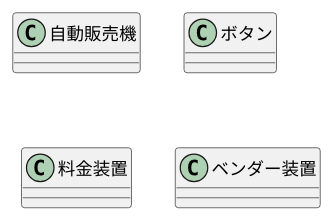
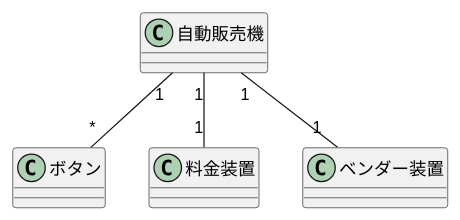
One commit to sotawfd/testuml changed the diagram in 演6-4-1_クラス図_自動販売機.pu. Above: the diagram before and after it, drawn with PlantUML. The commit also changed 1 other file, not shown here.

```diff
--- a/演6-4-1_クラス図_自動販売機.pu
+++ b/演6-4-1_クラス図_自動販売機.pu
@@ -1,13 +1,17 @@
 @startuml 演6-4-1_クラス図_自動販売機 
 class 自動販売機 {
 }
 
 class ボタン {
 }
 
 class 料金装置 {
 }
 
 class ベンダー装置 {
 }
+
+自動販売機 "1" --"*" ボタン
+自動販売機 "1"-- "1"料金装置
+自動販売機 "1" -- " 1 " ベンダー装置
 @enduml
```
